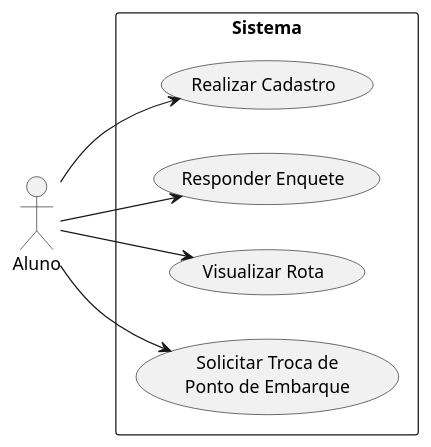
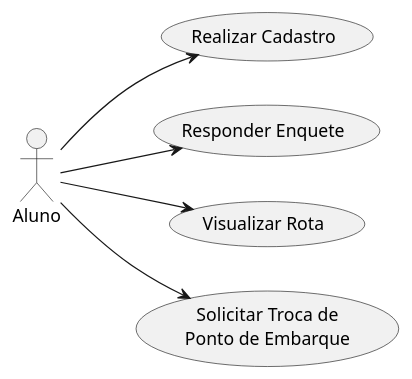
Before and after one commit to viniciusdias2902/modelagem_uml: the diagram in Diagrama_Aluno.puml, drawn with PlantUML. The commit also changed 9 other files, not shown here.

Commit message:
Adição das fotos dos diagramas de caso de uso

```diff
--- a/Diagrama_Aluno.puml
+++ b/Diagrama_Aluno.puml
@@ -1,18 +1,17 @@
 @startuml
 left to right direction
 
 actor "Aluno" as Aluno
 
-rectangle Sistema {
-    usecase "Realizar Cadastro" as UC02
-    usecase "Responder Enquete" as UC04
-    usecase "Visualizar Rota" as UC08
-    usecase "Solicitar Troca de\nPonto de Embarque" as UC14
-}
+usecase "Realizar Cadastro" as UC02
+usecase "Responder Enquete" as UC04
+usecase "Visualizar Rota" as UC08
+usecase "Solicitar Troca de\nPonto de Embarque" as UC14
+
 
 Aluno --> UC02
 Aluno --> UC04
 Aluno --> UC08
 Aluno --> UC14
 
 @enduml
```
